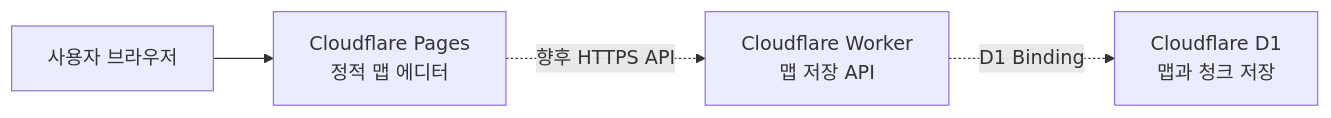
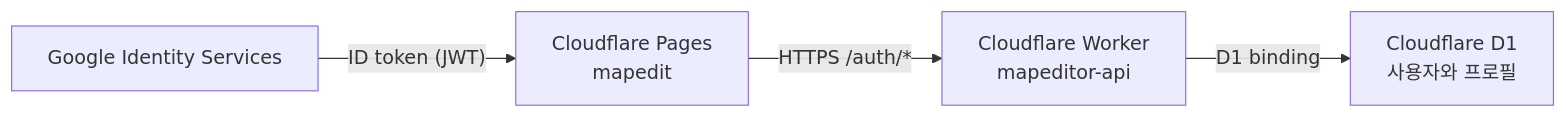
Before and after one commit to octopus7/mapeditor: the diagram in deployment-architecture.md, drawn with Mermaid. The commit also changed other lines of this file and 29 other files, not shown here.

Commit message:
feat: add Google auth, D1 profiles, and page QR

````diff
--- a/deployment-architecture.md
+++ b/deployment-architecture.md
@@ -15,6 +15,6 @@
 ```mermaid
 flowchart LR
-    U["사용자 브라우저"] --> P["Cloudflare Pages<br/>정적 맵 에디터"]
-    P -. "향후 HTTPS API" .-> W["Cloudflare Worker<br/>맵 저장 API"]
-    W -. "D1 Binding" .-> D["Cloudflare D1<br/>맵과 청크 저장"]
+    G["Google Identity Services"] -->|"ID token (JWT)"| P["Cloudflare Pages<br/>mapedit"]
+    P -->|"HTTPS /auth/*"| W["Cloudflare Worker<br/>mapeditor-api"]
+    W -->|"D1 binding"| D["Cloudflare D1<br/>사용자와 프로필"]
 ```
````
